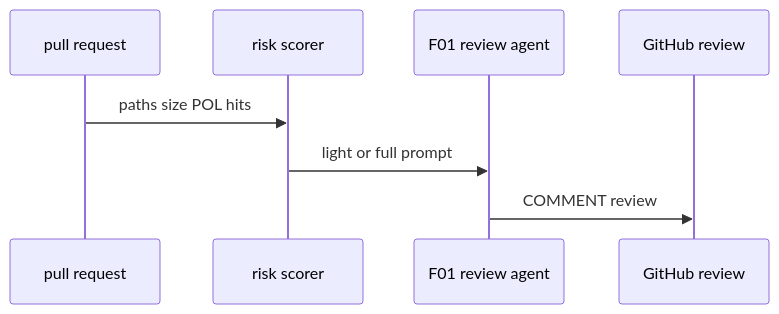
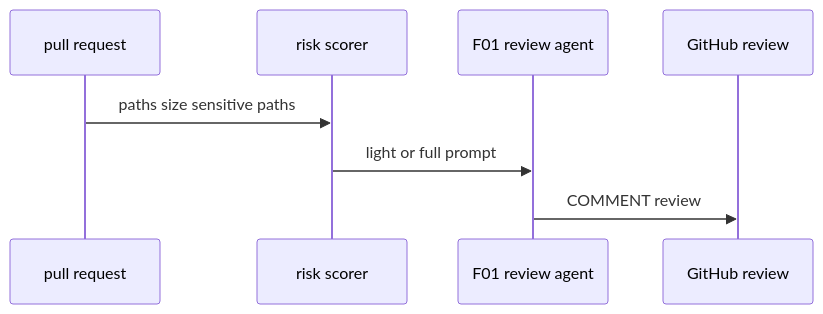
The first of 2 diagrams in docs/pbi/agent-ops/AO12-risk-based-review-routing.md (svennijhuis/agentic-workflows), drawn with Mermaid before and after one commit. The commit also changed other lines of this file and 986 other files, not shown here.

````diff
--- a/docs/pbi/agent-ops/AO12-risk-based-review-routing.md
+++ b/docs/pbi/agent-ops/AO12-risk-based-review-routing.md
@@ -40,10 +40,10 @@
 ```mermaid
 sequenceDiagram
   participant PR as pull request
   participant R as risk scorer
   participant F as F01 review agent
   participant GH as GitHub review
-  PR->>R: paths size POL hits
+  PR->>R: paths size sensitive paths
   R->>F: light or full prompt
   F->>GH: COMMENT review
 ```
````
